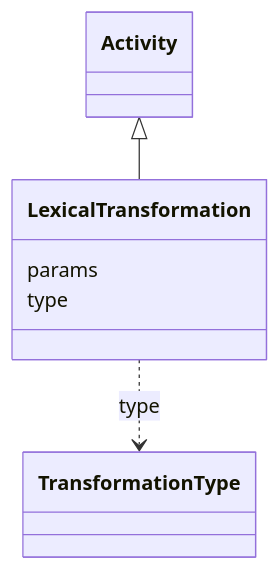
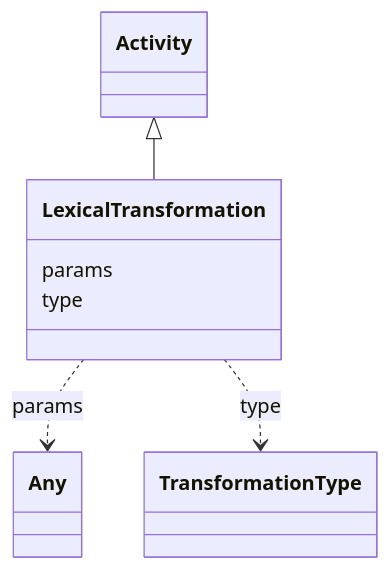
One commit to INCATools/ontology-access-kit changed the diagram in lexical-index/LexicalTransformation.md. Above: the diagram before and after it, drawn with Mermaid. The commit also changed other lines of this file and 43 other files, not shown here.

````diff
--- a/lexical-index/LexicalTransformation.md
+++ b/lexical-index/LexicalTransformation.md
@@ -11,13 +11,15 @@
 ```{mermaid}
  classDiagram
     class LexicalTransformation
       Activity <|-- LexicalTransformation
       
       LexicalTransformation : params
         
+          LexicalTransformation ..> Any : params
+        
       LexicalTransformation : type
         
           LexicalTransformation ..> TransformationType : type
         
       
 ```
````
